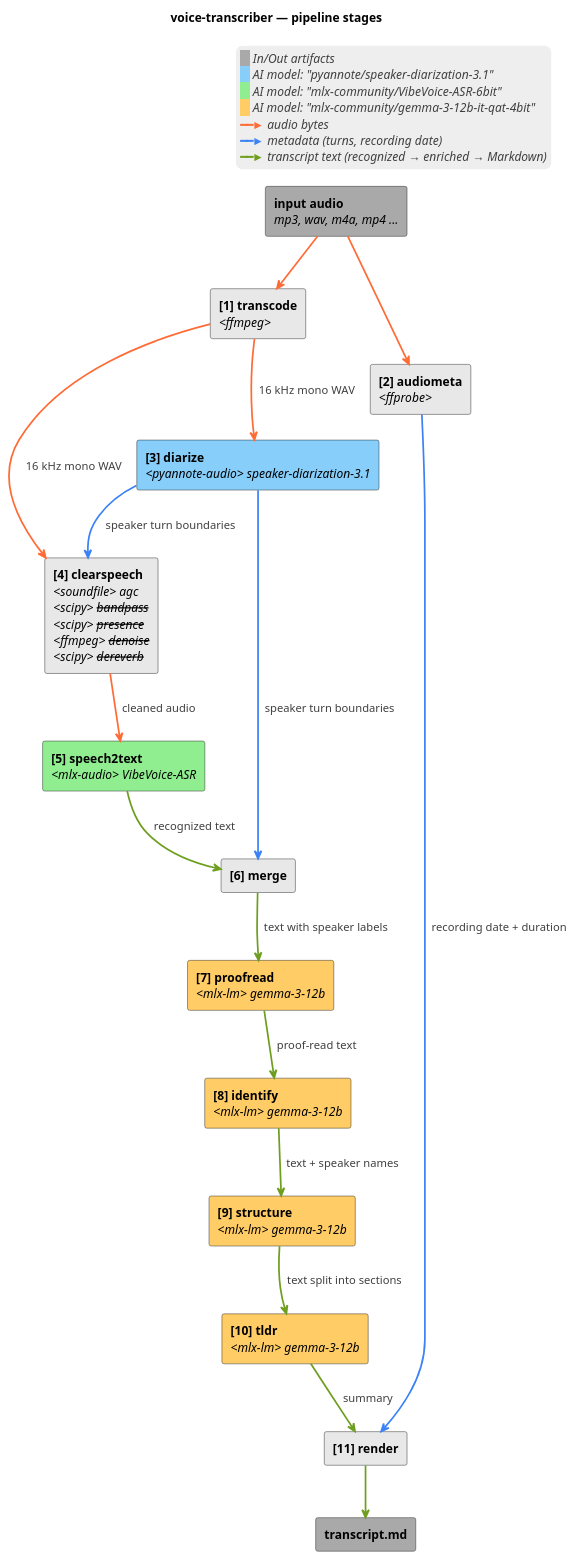
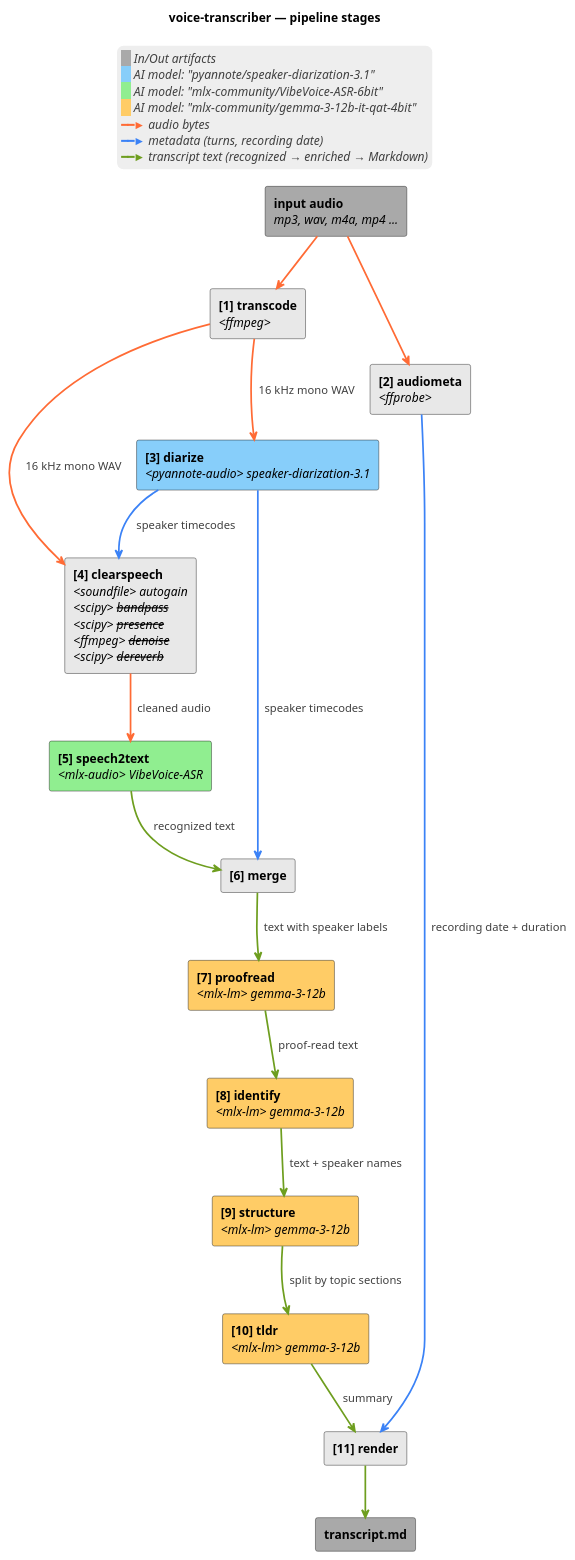
Before and after one commit to artem-from-ua/voice-transcriber: the diagram in docs/architecture.md, drawn with PlantUML. The commit also changed other lines of this file and 12 other files, not shown here.

First line of the commit message:
Rename clearspeech effect agc → autogain (0.19.0) (#75)

````diff
--- a/docs/architecture.md
+++ b/docs/architecture.md
@@ -21,54 +21,54 @@
 ```plantuml
 @startuml
 title voice-transcriber — pipeline stages
 skinparam componentStyle rectangle
 skinparam ArrowThickness 2
 skinparam legendBorderColor transparent
 skinparam legendBackgroundColor #EEEEEE
 
 [<b>input audio</b>\n<i>mp3, wav, m4a, mp4 ...</i>] as Input #A9A9A9
 [<b>transcript.md</b>] as Output #A9A9A9
 
 component "<b>[1] transcode</b>\n<i><ffmpeg></i>" as WAV #E8E8E8
 component "<b>[2] audiometa</b>\n<i><ffprobe></i>" as FF #E8E8E8
 component "<b>[3] diarize</b>\n<i><pyannote-audio> speaker-diarization-3.1</i>" as Diar #87CEFA
-component "<b>[4] clearspeech</b>\n<i><soundfile> agc</i>\n<i><scipy> <s>bandpass</s></i>\n<i><scipy> <s>presence</s></i>\n<i><ffmpeg> <s>denoise</s></i>\n<i><scipy> <s>dereverb</s></i>" as CS #E8E8E8
+component "<b>[4] clearspeech</b>\n<i><soundfile> autogain</i>\n<i><scipy> <s>bandpass</s></i>\n<i><scipy> <s>presence</s></i>\n<i><ffmpeg> <s>denoise</s></i>\n<i><scipy> <s>dereverb</s></i>" as CS #E8E8E8
 component "<b>[5] speech2text</b>\n<i><mlx-audio> VibeVoice-ASR</i>" as ASR #90EE90
 component "<b>[6] merge</b>" as Merge #E8E8E8
 component "<b>[7] proofread</b>\n<i><mlx-lm> gemma-3-12b</i>" as Post #FFCC66
 component "<b>[8] identify</b>\n<i><mlx-lm> gemma-3-12b</i>" as Ident #FFCC66
 component "<b>[9] structure</b>\n<i><mlx-lm> gemma-3-12b</i>" as Struct #FFCC66
 component "<b>[10] tldr</b>\n<i><mlx-lm> gemma-3-12b</i>" as TLDR #FFCC66
 component "<b>[11] render</b>" as Render #E8E8E8
 
 Input -[#FF6B35]-> FF
 Input -[#FF6B35]-> WAV
 
 WAV -[#FF6B35]-> Diar : <color:#404040>  16 kHz mono WAV</color>
 WAV -[#FF6B35]-> CS : <color:#404040>  16 kHz mono WAV</color>
-Diar -[#3B82F6]-> CS : <color:#404040>  speaker turn boundaries</color>
+Diar -[#3B82F6]-> CS : <color:#404040>  speaker timecodes</color>
 CS -[#FF6B35]-> ASR : <color:#404040>  cleaned audio</color>
 
 ASR -[#6E9E1F]-> Merge : <color:#404040>  recognized text</color>
-Diar -[#3B82F6]-> Merge : <color:#404040>  speaker turn boundaries</color>
+Diar -[#3B82F6]-> Merge : <color:#404040>  speaker timecodes</color>
 
 Merge -[#6E9E1F]-> Post : <color:#404040>  text with speaker labels</color>
 Post -[#6E9E1F]-> Ident : <color:#404040>  proof-read text</color>
 Ident -[#6E9E1F]-> Struct : <color:#404040>  text + speaker names</color>
-Struct -[#6E9E1F]-> TLDR : <color:#404040>  text split into sections</color>
+Struct -[#6E9E1F]-> TLDR : <color:#404040>  split by topic sections</color>
 
 FF -[#3B82F6]-> Render : <color:#404040>  recording date + duration</color>
 TLDR -[#6E9E1F]-> Render : <color:#404040>  summary</color>
 Render -[#6E9E1F]-> Output
 
-legend top right
+legend top center
   <back:#A9A9A9>   </back> <i><color:#404040>In/Out artifacts</color></i>
   <back:#87CEFA>   </back> <i><color:#404040>AI model: "pyannote/speaker-diarization-3.1"</color></i>
   <back:#90EE90>   </back> <i><color:#404040>AI model: "mlx-community/VibeVoice-ASR-6bit"</color></i>
   <back:#FFCC66>   </back> <i><color:#404040>AI model: "mlx-community/gemma-3-12b-it-qat-4bit"</color></i>
   <color:#FF6B35>━━►</color> <i><color:#404040>audio bytes</color></i>
   <color:#3B82F6>━━►</color> <i><color:#404040>metadata (turns, recording date)</color></i>
   <color:#6E9E1F>━━►</color> <i><color:#404040>transcript text (recognized → enriched → Markdown)</color></i>
 end legend
 @enduml
 ```
````
